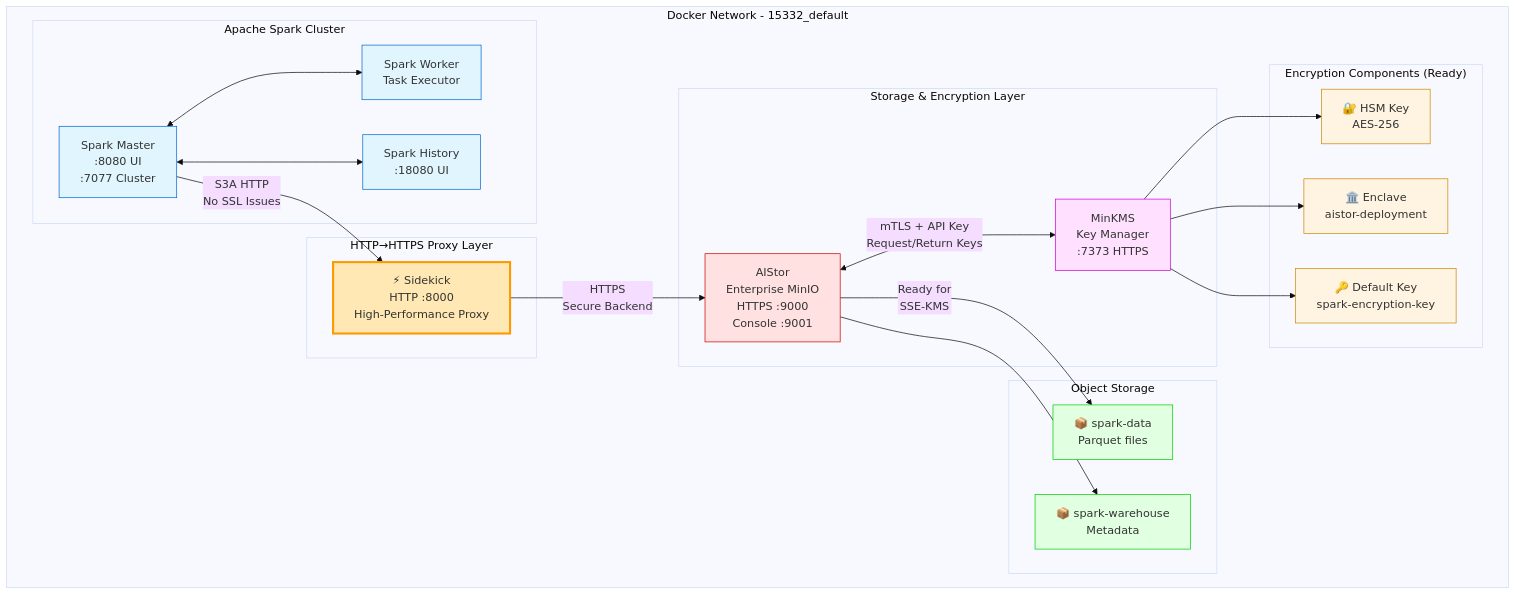
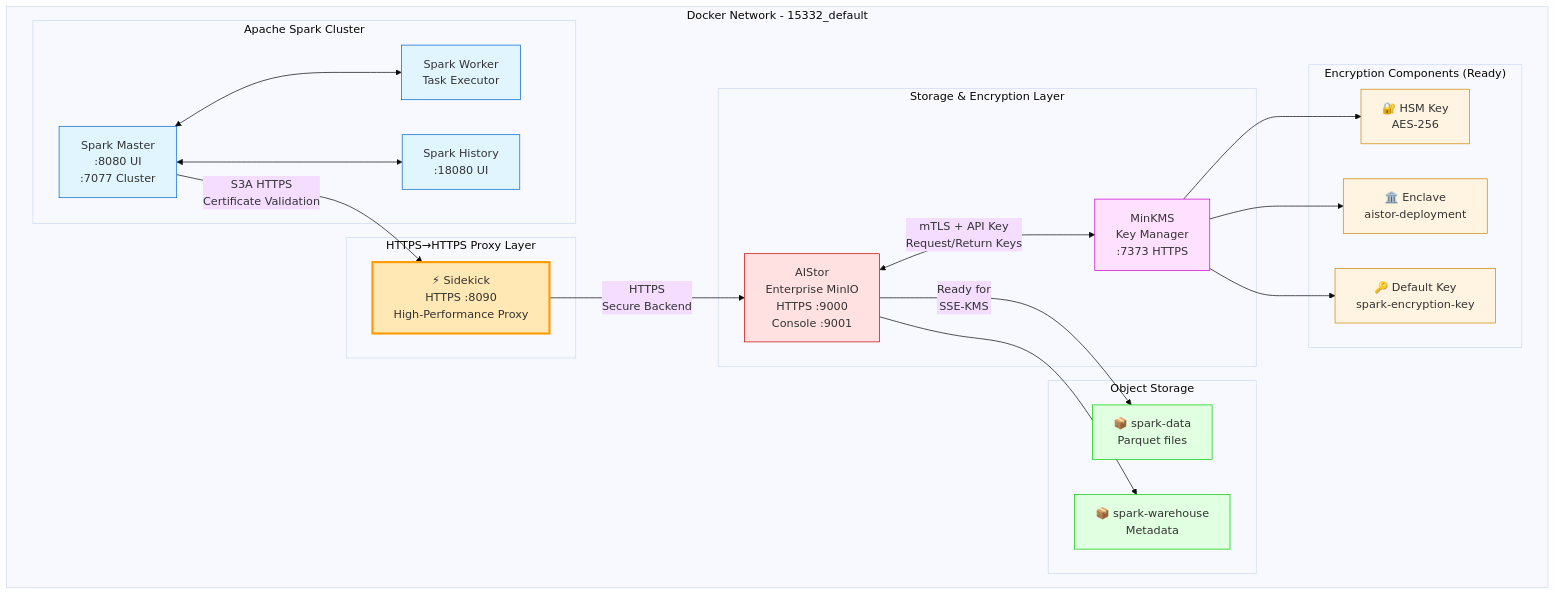
One commit to vb140772/spark-s3a-sse-kms-issue changed the first of 3 diagrams in README.md. Above: the diagram before and after it, drawn with Mermaid (base theme). The commit also changed other lines of this file and 12 other files, not shown here.

First line of the commit message:
Update README and scripts for HTTPS integration and Sidekick enhancements

````diff
--- a/README.md
+++ b/README.md
@@ -86,57 +88,57 @@
 ```mermaid
 graph TB
     subgraph Docker["Docker Network - 15332_default"]
         subgraph Spark["Apache Spark Cluster"]
             SM[Spark Master<br/>:8080 UI<br/>:7077 Cluster]
             SW[Spark Worker<br/>Task Executor]
             SH[Spark History<br/>:18080 UI]
             
             SM <--> SW
             SM <--> SH
         end
         
-        subgraph Proxy["HTTP→HTTPS Proxy Layer"]
-            SK[⚡ Sidekick<br/>HTTP :8000<br/>High-Performance Proxy]
+        subgraph Proxy["HTTPS→HTTPS Proxy Layer"]
+            SK[⚡ Sidekick<br/>HTTPS :8090<br/>High-Performance Proxy]
         end
         
         subgraph Storage["Storage & Encryption Layer"]
             AS[AIStor<br/>Enterprise MinIO<br/>HTTPS :9000<br/>Console :9001]
             MK[MinKMS<br/>Key Manager<br/>:7373 HTTPS]
             
             AS <-->|"mTLS + API Key<br/>Request/Return Keys"| MK
         end
         
-        SM -->|"S3A HTTP<br/>No SSL Issues"| SK
+        SM -->|"S3A HTTPS<br/>Certificate Validation"| SK
         SK -->|"HTTPS<br/>Secure Backend"| AS
         
         subgraph Data["Object Storage"]
             B1[📦 spark-data<br/>Parquet files]
             B2[📦 spark-warehouse<br/>Metadata]
         end
         
         AS -->|"Ready for<br/>SSE-KMS"| B1
         AS --> B2
         
         subgraph Crypto["Encryption Components (Ready)"]
             HSM[🔐 HSM Key<br/>AES-256]
             ENC[🏛️ Enclave<br/>aistor-deployment]
             KEY[🔑 Default Key<br/>spark-encryption-key]
         end
         
         MK --> HSM
         MK --> ENC
         MK --> KEY
     end
     
     style SM fill:#e1f5ff,stroke:#0066cc
     style SW fill:#e1f5ff,stroke:#0066cc
     style SH fill:#e1f5ff,stroke:#0066cc
     style SK fill:#ffe8b3,stroke:#ff9900,stroke-width:3px
     style AS fill:#ffe1e1,stroke:#cc0000
     style MK fill:#ffe1ff,stroke:#cc00cc
     style HSM fill:#fff4e1,stroke:#cc8800
     style ENC fill:#fff4e1,stroke:#cc8800
     style KEY fill:#fff4e1,stroke:#cc8800
     style B1 fill:#e1ffe1,stroke:#00cc00
     style B2 fill:#e1ffe1,stroke:#00cc00
 ```
````
